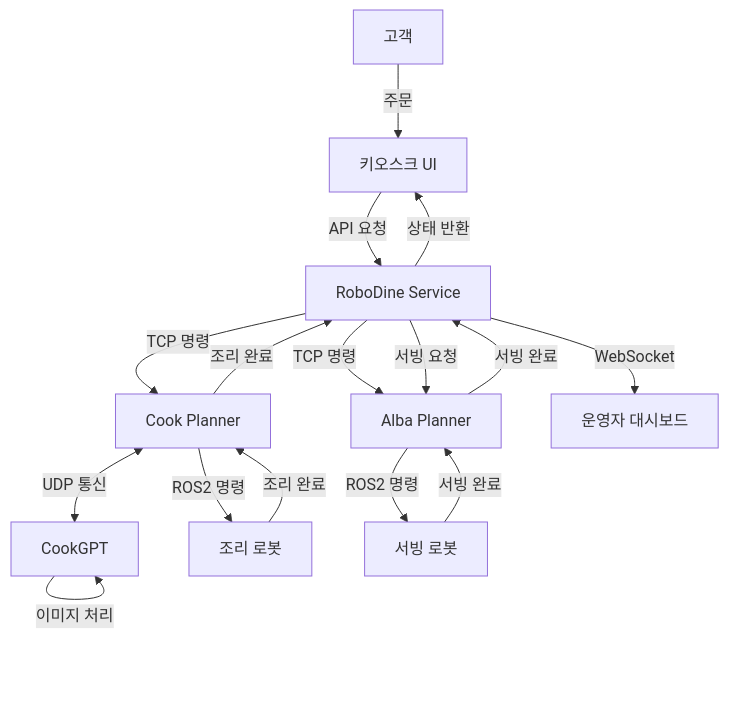
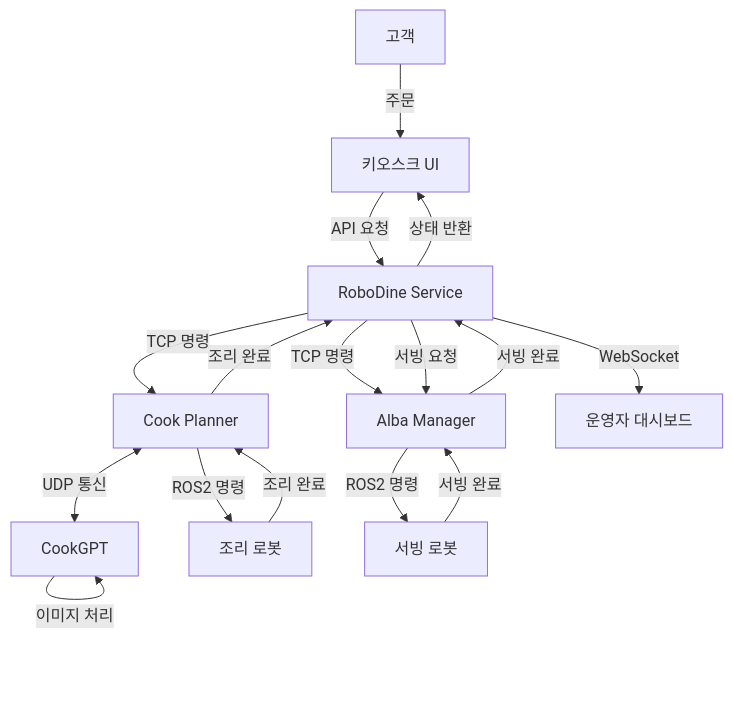
Before and after one commit to addinedu-roscamp-4th/roscamp-repo-2: the diagram in docs/project_structure.md, drawn with Mermaid. The commit also changed other lines of this file and 4 other files, not shown here.

Commit message:
rename alba_planner -> alba_manager

````diff
--- a/docs/project_structure.md
+++ b/docs/project_structure.md
@@ -98,18 +98,18 @@
 ```mermaid
 graph TD
     A[고객] -->|주문| B[키오스크 UI]
     B -->|API 요청| C[RoboDine Service]
     C -->|상태 반환| B
     C -->|TCP 명령| D[Cook Planner]
-    C -->|TCP 명령| E[Alba Planner]
+    C -->|TCP 명령| E[Alba Manager]
     D <-->|UDP 통신| F[CookGPT]
     F -->|이미지 처리| F
     D -->|ROS2 명령| G[조리 로봇]
     E -->|ROS2 명령| H[서빙 로봇]
     G -->|조리 완료| D
     D -->|조리 완료| C
     C -->|서빙 요청| E
     H -->|서빙 완료| E
     E -->|서빙 완료| C
     C -->|WebSocket| I[운영자 대시보드]
 ```
````
